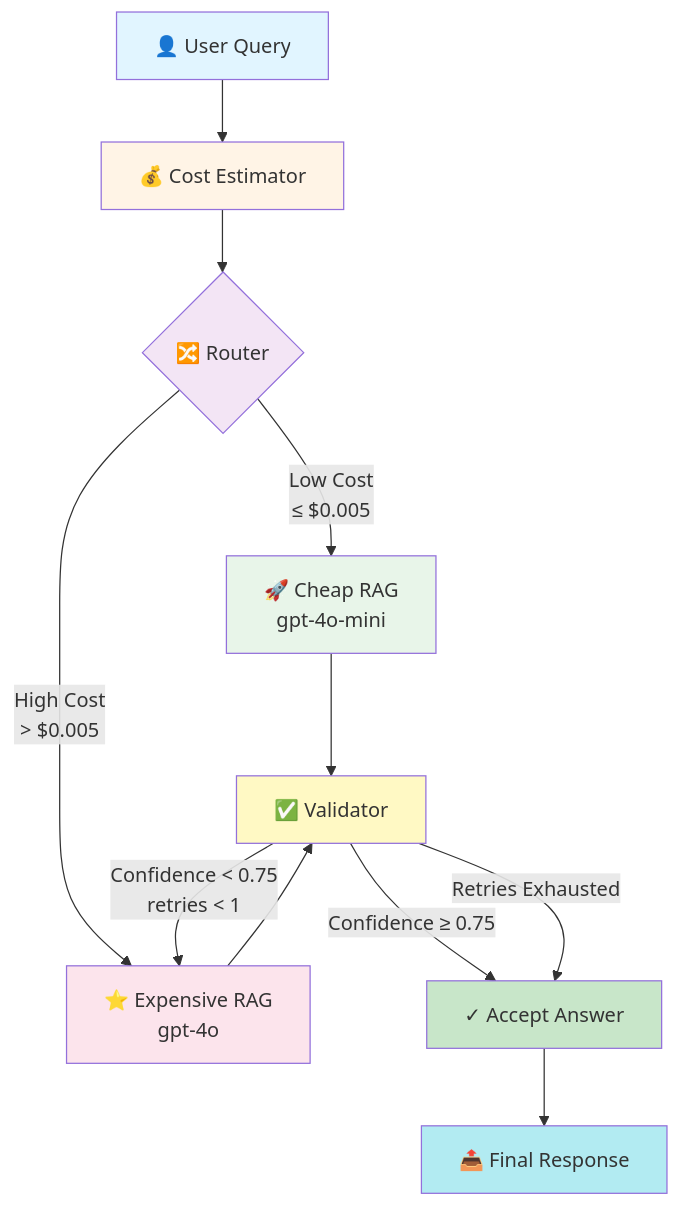
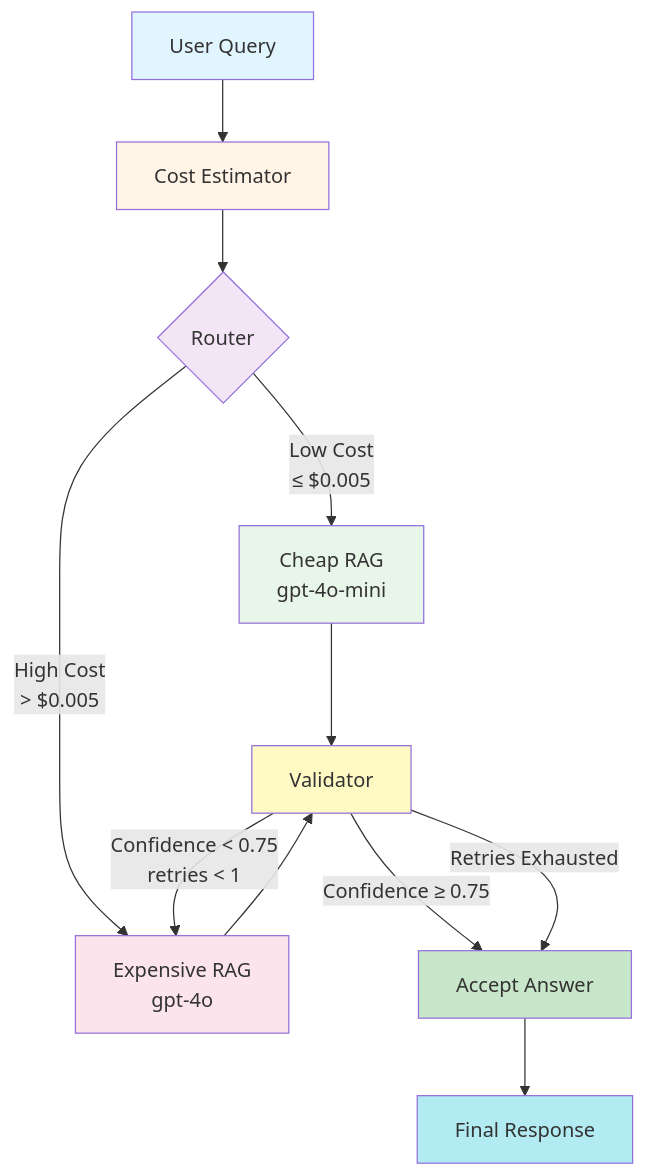
One commit to aaryan182/ai_agents_prod_langgraph changed the first of 7 diagrams in Cost_aware_rag_agent/README.md. Above: the diagram before and after it, drawn with Mermaid. The commit also changed other lines of this file and 7 other files, not shown here.

````diff
--- a/Cost_aware_rag_agent/README.md
+++ b/Cost_aware_rag_agent/README.md
@@ -34,22 +34,22 @@
 ```mermaid
 graph TD
-    A[👤 User Query] --> B[💰 Cost Estimator]
-    B --> C{🔀 Router}
-    C -->|Low Cost<br/>≤ $0.005| D[🚀 Cheap RAG<br/>gpt-4o-mini]
-    C -->|High Cost<br/>> $0.005| E[⭐ Expensive RAG<br/>gpt-4o]
-    D --> F[✅ Validator]
+    A[User Query] --> B[Cost Estimator]
+    B --> C{Router}
+    C -->|Low Cost<br/>≤ $0.005| D[Cheap RAG<br/>gpt-4o-mini]
+    C -->|High Cost<br/>> $0.005| E[Expensive RAG<br/>gpt-4o]
+    D --> F[Validator]
     E --> F
-    F -->|Confidence ≥ 0.75| G[✓ Accept Answer]
+    F -->|Confidence ≥ 0.75| G[Accept Answer]
     F -->|Confidence < 0.75<br/>retries < 1| E
     F -->|Retries Exhausted| G
-    G --> H[📤 Final Response]
+    G --> H[Final Response]
     
     style A fill:#e1f5ff
     style B fill:#fff4e6
     style C fill:#f3e5f5
     style D fill:#e8f5e9
     style E fill:#fce4ec
     style F fill:#fff9c4
     style G fill:#c8e6c9
     style H fill:#b2ebf2
 ```
````
